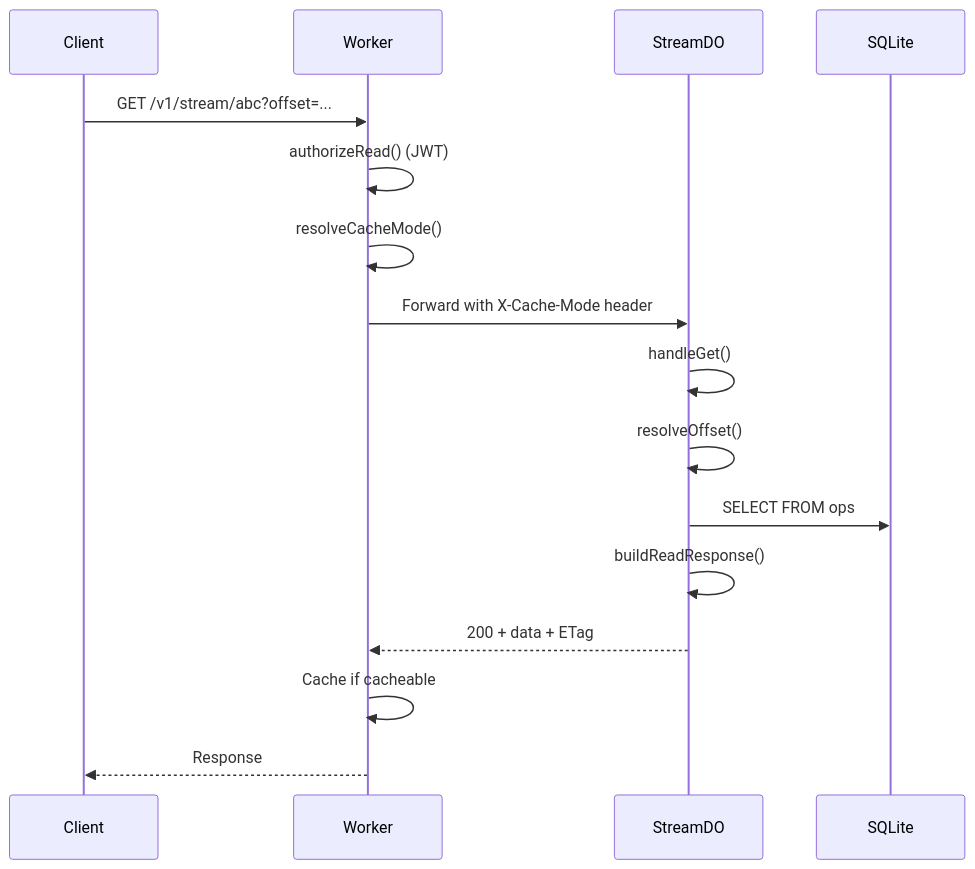
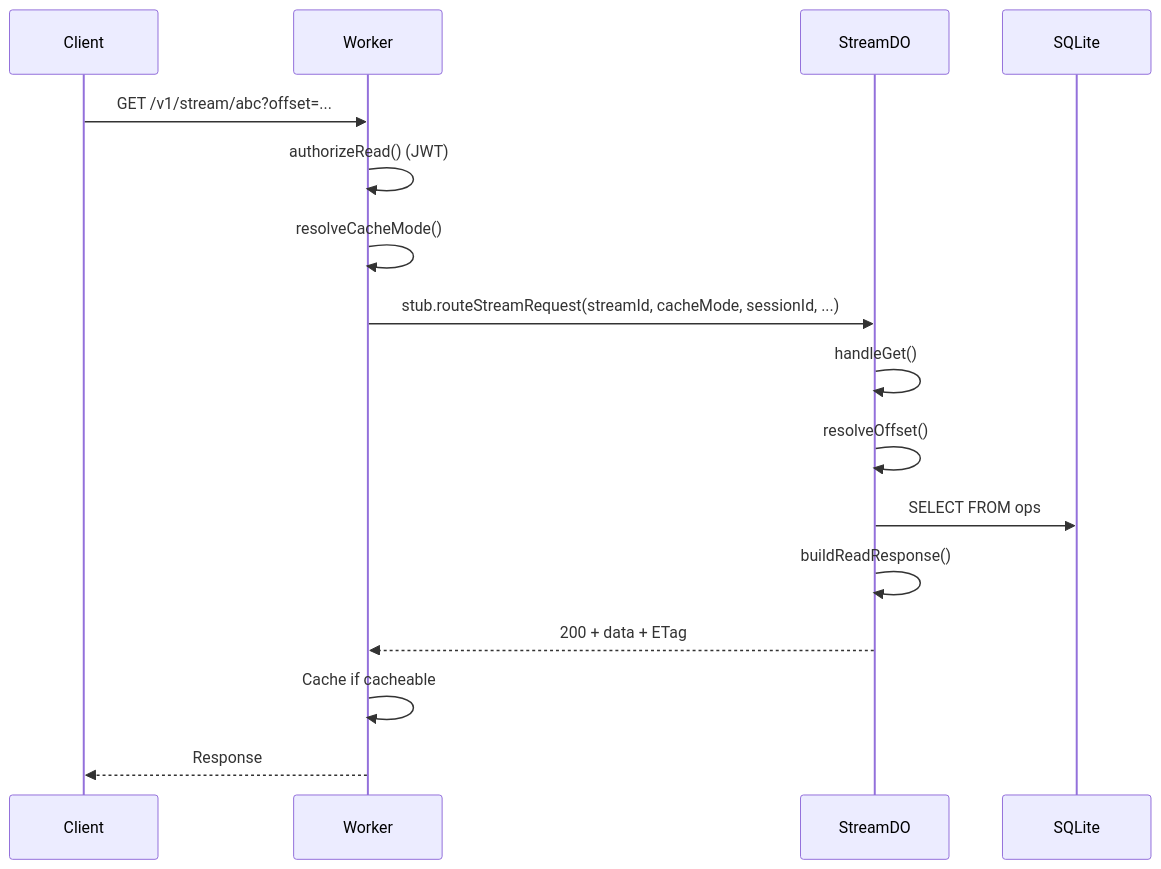
The second of 5 diagrams in packages/docs/core.md (commoncurriculum/durable-streams-cloudflare), drawn with Mermaid before and after one commit. The commit also changed other lines of this file and 2 other files, not shown here.

First line of the commit message:
docs: update walkthrough to reflect RPC architecture and pluggable auth

````diff
--- a/packages/docs/core.md
+++ b/packages/docs/core.md
@@ -188,19 +188,19 @@
 ```mermaid
 sequenceDiagram
     participant C as Client
     participant W as Worker
     participant DO as StreamDO
     participant SQL as SQLite
 
     C->>W: GET /v1/stream/abc?offset=...
     W->>W: authorizeRead() (JWT)
     W->>W: resolveCacheMode()
-    W->>DO: Forward with X-Cache-Mode header
+    W->>DO: stub.routeStreamRequest(streamId, cacheMode, sessionId, ...)
     DO->>DO: handleGet()
     DO->>DO: resolveOffset()
     DO->>SQL: SELECT FROM ops
     DO->>DO: buildReadResponse()
     DO-->>W: 200 + data + ETag
     W->>W: Cache if cacheable
     W-->>C: Response
 ```
````
